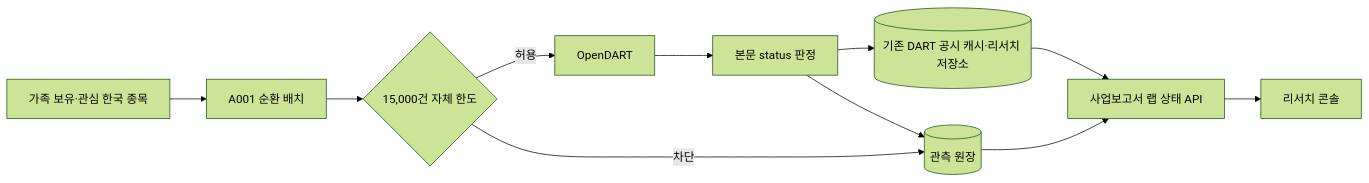
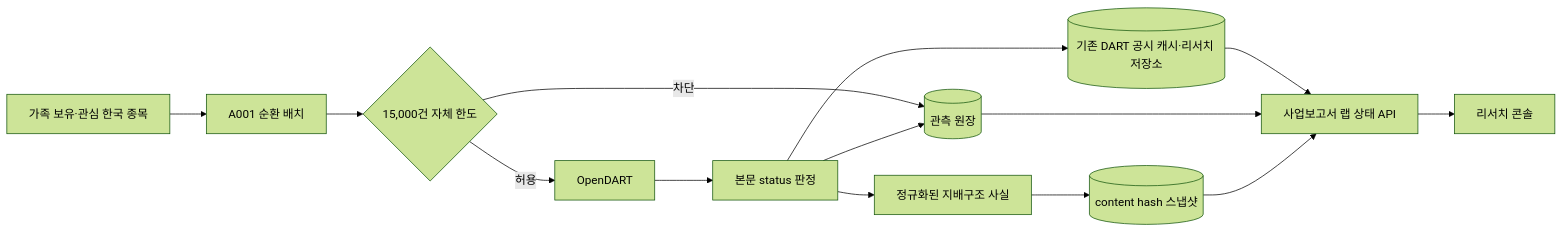
One commit to lib2000/investment-research-os changed the diagram in docs/design/dart-annual-report-lab.md. Above: the diagram before and after it, drawn with Mermaid (forest theme). The commit also changed other lines of this file and 11 other files, not shown here.

````diff
--- a/docs/design/dart-annual-report-lab.md
+++ b/docs/design/dart-annual-report-lab.md
@@ -29,13 +31,16 @@
 ```mermaid
 flowchart LR
   U[가족 보유·관심 한국 종목] --> B[A001 순환 배치]
   B --> Q{15,000건 자체 한도}
   Q -->|허용| D[OpenDART]
   Q -->|차단| L[(관측 원장)]
   D --> C[본문 status 판정]
   C --> F[(기존 DART 공시 캐시·리서치 저장소)]
   C --> L
+  C --> G[정규화된 지배구조 사실]
+  G --> H[(content hash 스냅샷)]
   F --> S[사업보고서 랩 상태 API]
   L --> S
+  H --> S
   S --> W[리서치 콘솔]
 ```
````
